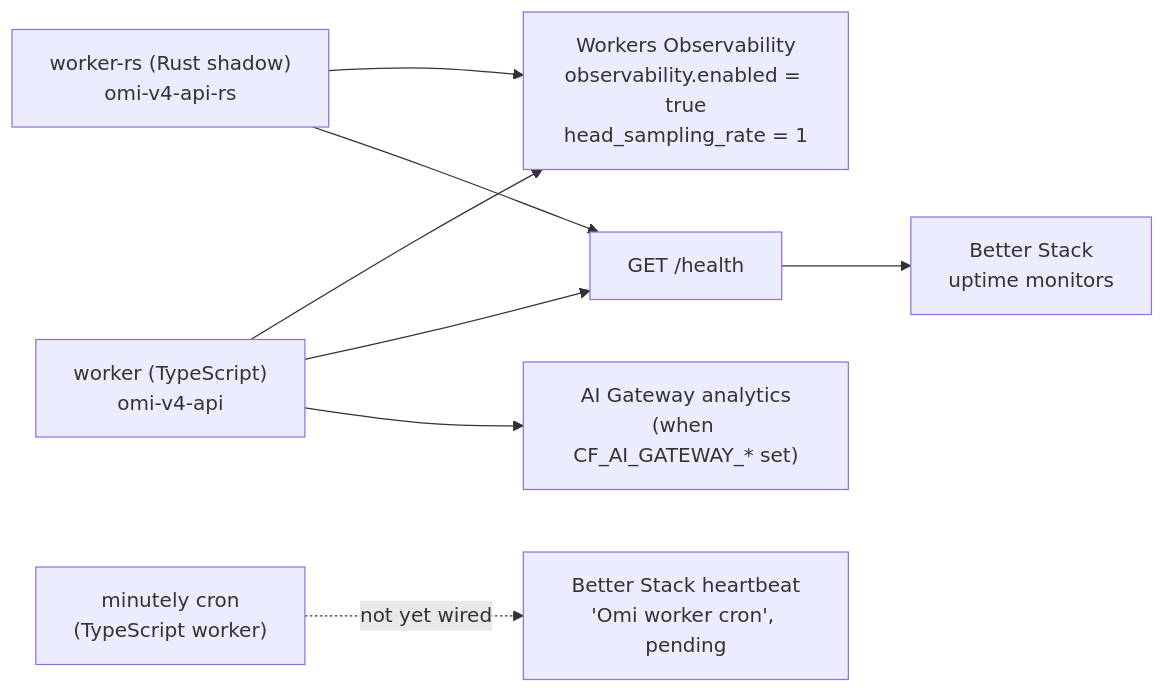
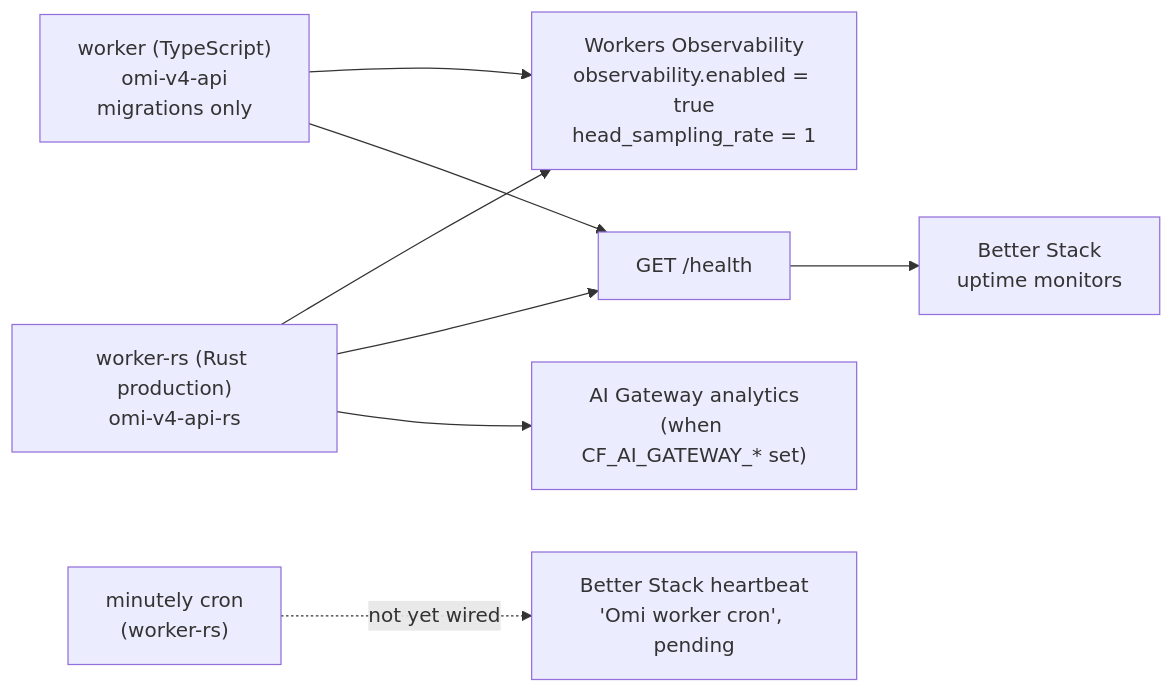
One commit to undivisible/omi-v4 changed diagram 14 of 14 in ARCHITECTURE.md. Above: the diagram before and after it, drawn with Mermaid. The commit also changed other lines of this file and 12 other files, not shown here.

First line of the commit message:
feat(worker-rs): production cutover — currents refresh + domain swap

````diff
--- a/ARCHITECTURE.md
+++ b/ARCHITECTURE.md
@@ -439,10 +439,10 @@
 ```mermaid
 flowchart LR
-    W1["worker (TypeScript)<br/>omi-v4-api"] --> OBS["Workers Observability<br/>observability.enabled = true<br/>head_sampling_rate = 1"]
-    W2["worker-rs (Rust shadow)<br/>omi-v4-api-rs"] --> OBS
+    W1["worker (TypeScript)<br/>omi-v4-api<br/>migrations only"] --> OBS["Workers Observability<br/>observability.enabled = true<br/>head_sampling_rate = 1"]
+    W2["worker-rs (Rust production)<br/>omi-v4-api-rs"] --> OBS
     W1 --> HEALTH["GET /health"]
     W2 --> HEALTH
     HEALTH --> BS["Better Stack<br/>uptime monitors"]
-    CRON["minutely cron<br/>(TypeScript worker)"] -.->|"not yet wired"| HB["Better Stack heartbeat<br/>'Omi worker cron', pending"]
-    W1 --> GWA["AI Gateway analytics<br/>(when CF_AI_GATEWAY_* set)"]
+    CRON["minutely cron<br/>(worker-rs)"] -.->|"not yet wired"| HB["Better Stack heartbeat<br/>'Omi worker cron', pending"]
+    W2 --> GWA["AI Gateway analytics<br/>(when CF_AI_GATEWAY_* set)"]
 ```
````
